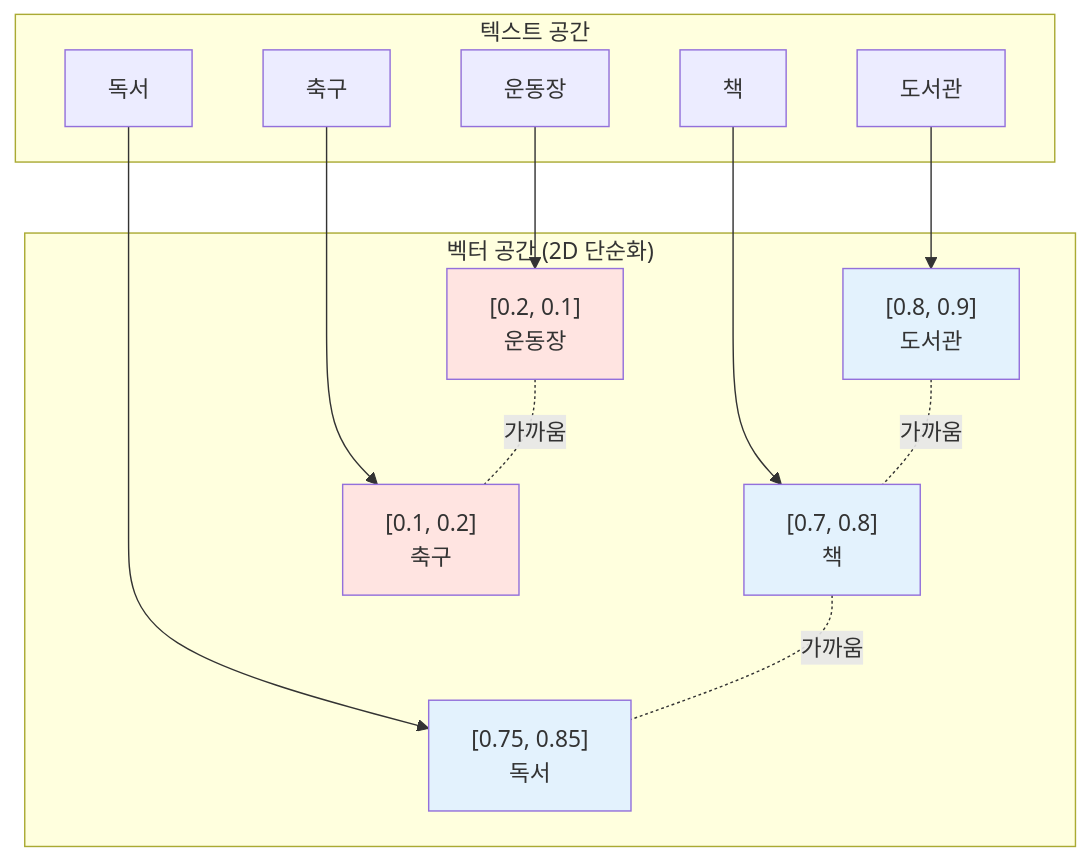
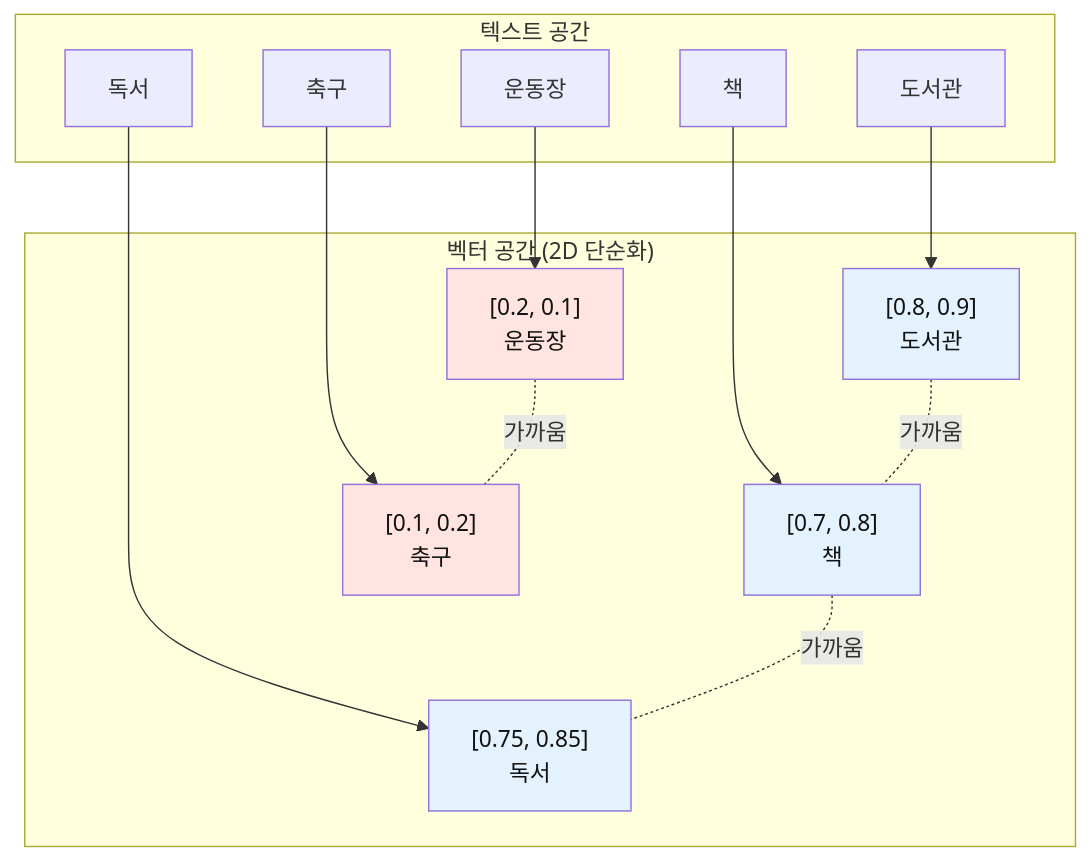
Diagram 18 of 23 in documents/6차식/6차시_고등_대화형스토리Agent_역공부.md (Collegenie-X/AIMakerLab_Web), drawn with Mermaid before and after one commit. The commit also changed other lines of this file and 24 other files, not shown here.

````diff
--- a/documents/6차식/6차시_고등_대화형스토리Agent_역공부.md
+++ b/documents/6차식/6차시_고등_대화형스토리Agent_역공부.md
@@ -1184,34 +1543,34 @@
 ```mermaid
 graph TB
     subgraph "텍스트 공간"
         T1["도서관"]
         T2["책"]
         T3["독서"]
         T4["운동장"]
         T5["축구"]
     end
     
     subgraph "벡터 공간 (2D 단순화)"
         V1["[0.8, 0.9]<br/>도서관"]
         V2["[0.7, 0.8]<br/>책"]
         V3["[0.75, 0.85]<br/>독서"]
         V4["[0.2, 0.1]<br/>운동장"]
         V5["[0.1, 0.2]<br/>축구"]
     end
     
     T1 --> V1
     T2 --> V2
     T3 --> V3
     T4 --> V4
     T5 --> V5
     
     V1 -.가까움.- V2
     V2 -.가까움.- V3
     V4 -.가까움.- V5
     
-    style V1 fill:#e3f2fd
-    style V2 fill:#e3f2fd
-    style V3 fill:#e3f2fd
-    style V4 fill:#ffe4e1
-    style V5 fill:#ffe4e1
+    style V1 fill:#e3f2fd,color:#111
+    style V2 fill:#e3f2fd,color:#111
+    style V3 fill:#e3f2fd,color:#111
+    style V4 fill:#ffe4e1,color:#111
+    style V5 fill:#ffe4e1,color:#111
 ```
````
